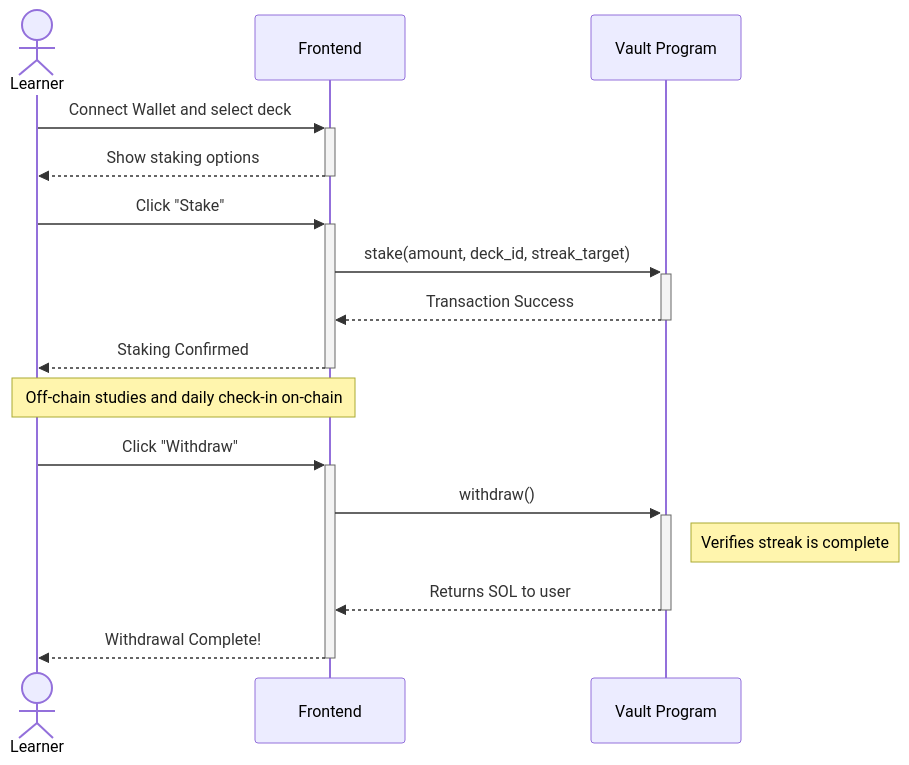
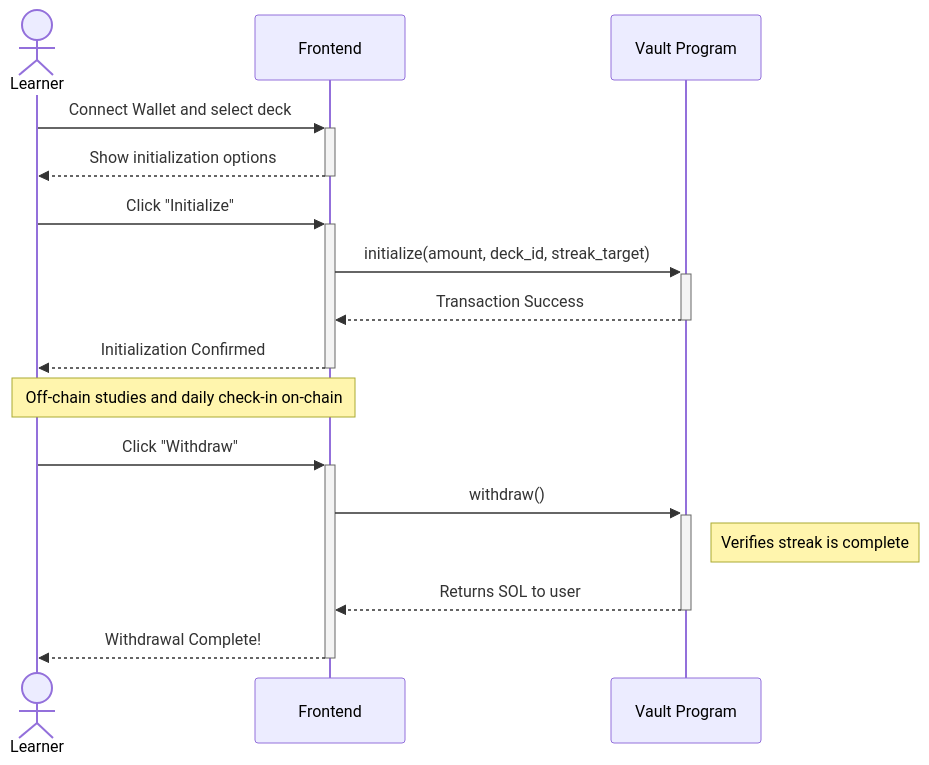
The diagram in docs/v0/07-user-system-interaction.md (indralukmana/turbin3_Q3_indralukmana_capstone), drawn with Mermaid before and after one commit. The commit also changed other lines of this file and 10 other files, not shown here.

````diff
--- a/docs/v0/07-user-system-interaction.md
+++ b/docs/v0/07-user-system-interaction.md
@@ -20,22 +30,22 @@
 ```mermaid
 sequenceDiagram
     actor Learner
     participant FE as Frontend
     participant VP as Vault Program
 
     Learner->>+FE: Connect Wallet and select deck
-    FE-->>-Learner: Show staking options
+    FE-->>-Learner: Show initialization options
 
-    Learner->>+FE: Click "Stake"
-    FE->>+VP: stake(amount, deck_id, streak_target)
+    Learner->>+FE: Click "Initialize"
+    FE->>+VP: initialize(amount, deck_id, streak_target)
     VP-->>-FE: Transaction Success
-    FE-->>-Learner: Staking Confirmed
+    FE-->>-Learner: Initialization Confirmed
 
     Note over Learner,FE: Off-chain studies and  daily check-in on-chain
 
     Learner->>+FE: Click "Withdraw"
     FE->>+VP: withdraw()
     Note right of VP: Verifies streak is complete
     VP-->>-FE: Returns SOL to user
     FE-->>-Learner: Withdrawal Complete!
 ```
````
